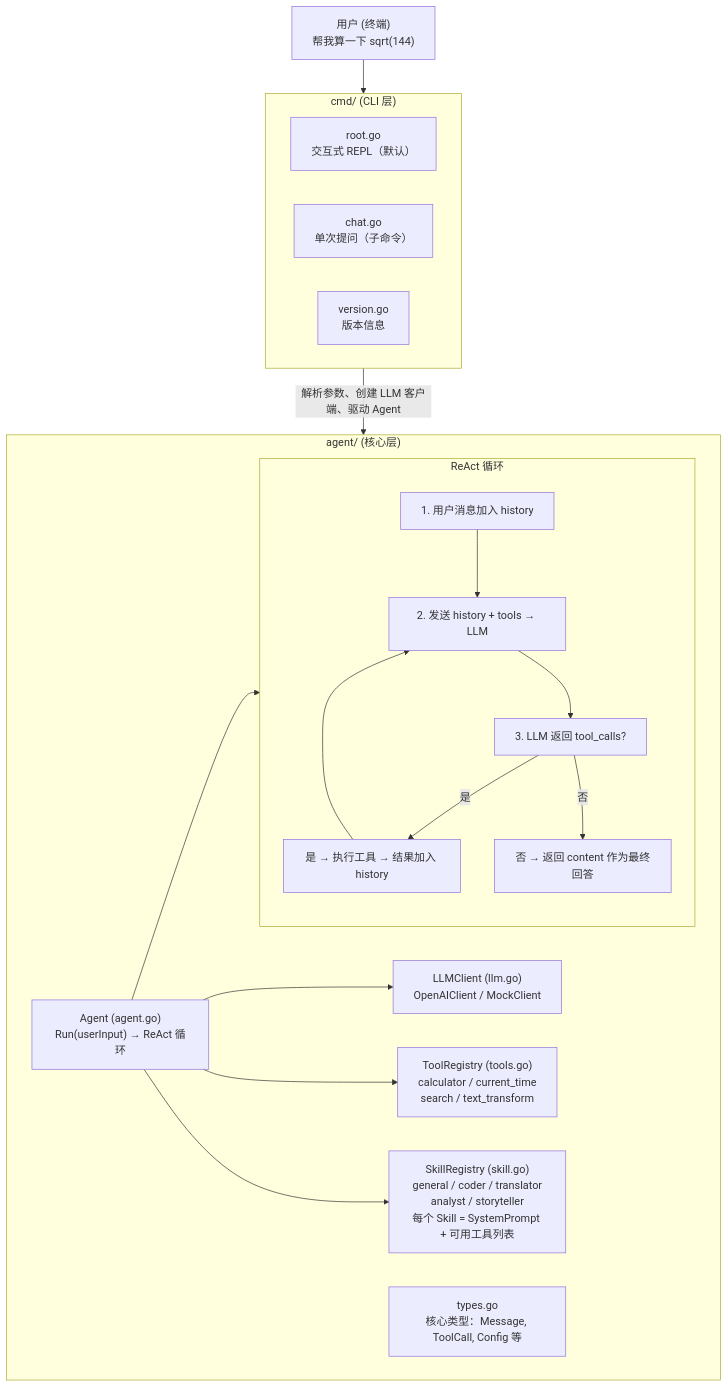
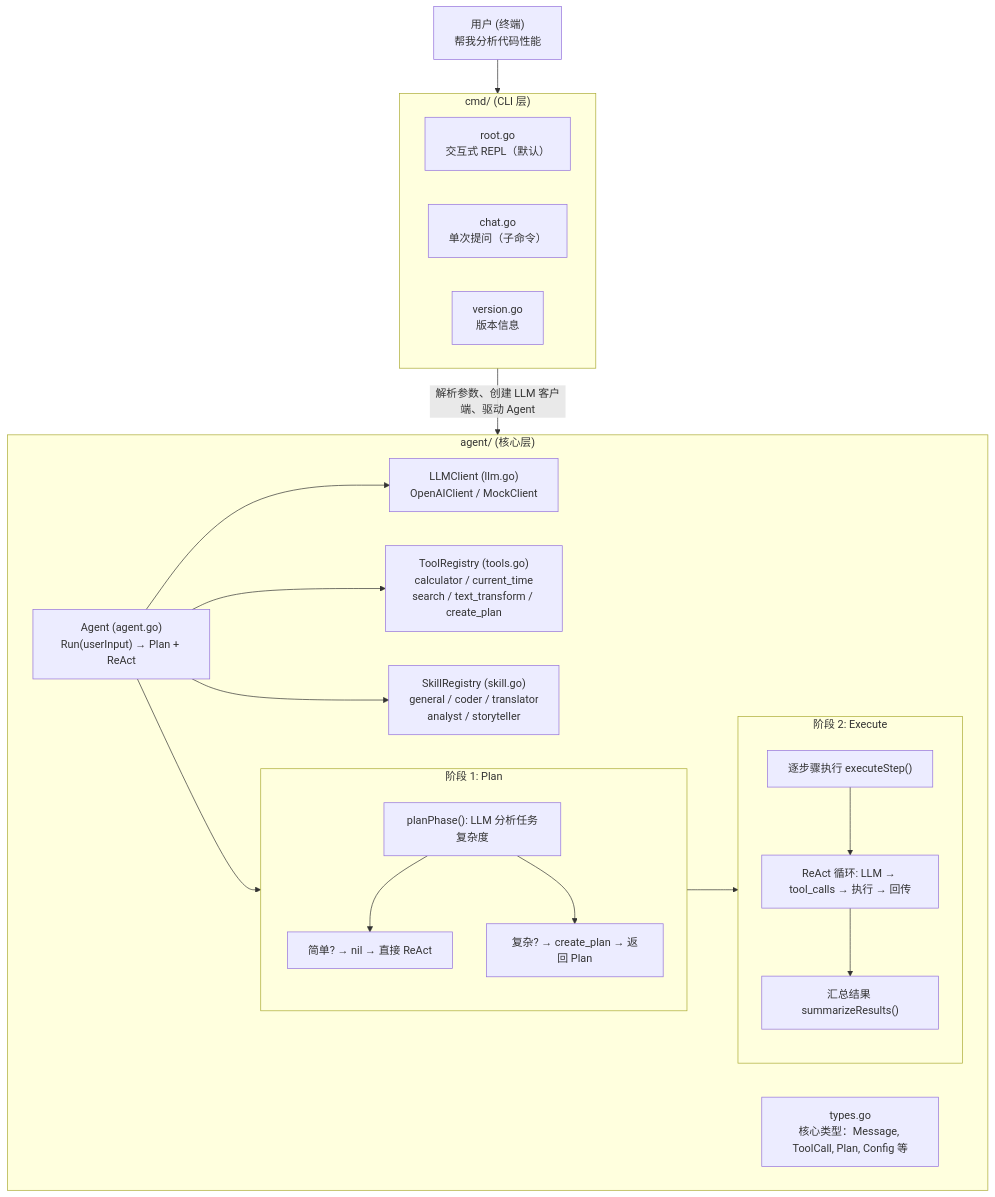
Before and after one commit to balcony314/ai-agent-demo: the first of 3 diagrams in docs/design.md, drawn with Mermaid. The commit also changed other lines of this file and 11 other files, not shown here.

First line of the commit message:
refactor(agent): Plan + ReAct 两阶段执行模式 + 测试补充 + 文档同步

````diff
--- a/docs/design.md
+++ b/docs/design.md
@@ -9,40 +9,46 @@
 ```mermaid
 graph TB
-    User["用户 (终端)<br/>帮我算一下 sqrt(144)"] --> CMD
+    User["用户 (终端)<br/>帮我分析代码性能"] --> CMD
 
     subgraph CMD["cmd/ (CLI 层)"]
         direction LR
         Root["root.go<br/>交互式 REPL（默认）"]
         Chat["chat.go<br/>单次提问（子命令）"]
         Version["version.go<br/>版本信息"]
     end
 
     CMD --> |"解析参数、创建 LLM 客户端、驱动 Agent"| Agent
 
     subgraph Agent["agent/ (核心层)"]
-        AgentCore["Agent (agent.go)<br/>Run(userInput) → ReAct 循环"]
+        AgentCore["Agent (agent.go)<br/>Run(userInput) → Plan + ReAct"]
 
-        subgraph ReactLoop["ReAct 循环"]
+        subgraph PlanPhase["阶段 1: Plan"]
             direction TB
-            S1["1. 用户消息加入 history"]
-            S2["2. 发送 history + tools → LLM"]
-            S3["3. LLM 返回 tool_calls?"]
-            S4["是 → 执行工具 → 结果加入 history"]
-            S5["否 → 返回 content 作为最终回答"]
-            S1 --> S2 --> S3
-            S3 --> |"是"| S4 --> S2
-            S3 --> |"否"| S5
+            P1["planPhase(): LLM 分析任务复杂度"]
+            P2["简单? → nil → 直接 ReAct"]
+            P3["复杂? → create_plan → 返回 Plan"]
+            P1 --> P2
+            P1 --> P3
         end
 
-        AgentCore --> ReactLoop
+        subgraph ExecutePhase["阶段 2: Execute"]
+            direction TB
+            E1["逐步骤执行 executeStep()"]
+            E2["ReAct 循环: LLM → tool_calls → 执行 → 回传"]
+            E3["汇总结果 summarizeResults()"]
+            E1 --> E2 --> E3
+        end
+
+        AgentCore --> PlanPhase
+        PlanPhase --> ExecutePhase
 
         LLM["LLMClient (llm.go)<br/>OpenAIClient / MockClient"]
-        Tools["ToolRegistry (tools.go)<br/>calculator / current_time<br/>search / text_transform"]
-        Skills["SkillRegistry (skill.go)<br/>general / coder / translator<br/>analyst / storyteller<br/>每个 Skill = SystemPrompt + 可用工具列表"]
-        Types["types.go<br/>核心类型：Message, ToolCall, Config 等"]
+        Tools["ToolRegistry (tools.go)<br/>calculator / current_time<br/>search / text_transform / create_plan"]
+        Skills["SkillRegistry (skill.go)<br/>general / coder / translator<br/>analyst / storyteller"]
+        Types["types.go<br/>核心类型：Message, ToolCall, Plan, Config 等"]
 
         AgentCore --> LLM
         AgentCore --> Tools
         AgentCore --> Skills
     end
 ```
````
